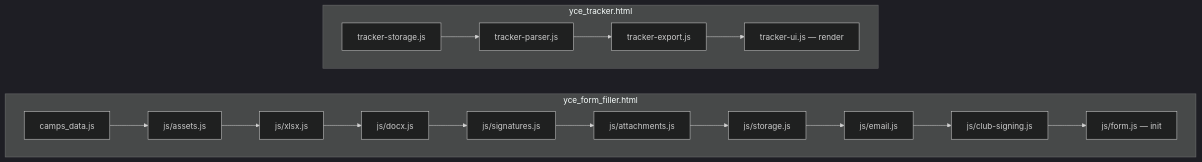
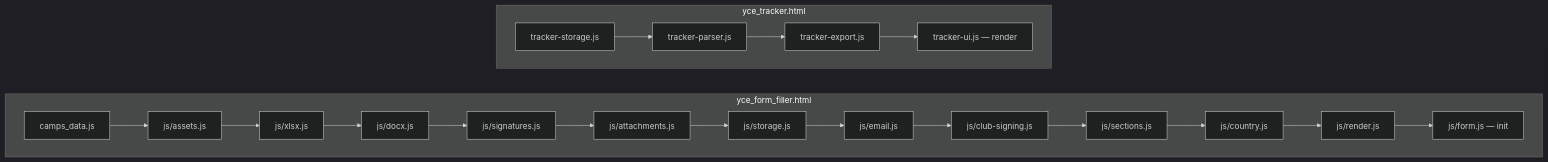
The first of 2 diagrams in docs/CODE_MAP.md (pmeyssonnier/YouthCampExchange), drawn with Mermaid (dark theme) before and after one commit. The commit also changed other lines of this file and 6 other files, not shown here.

First line of the commit message:
Split form.js into sections.js, country.js, render.js and a slim orchestrator

````diff
--- a/docs/CODE_MAP.md
+++ b/docs/CODE_MAP.md
@@ -19,11 +19,11 @@
 ```mermaid
 flowchart LR
   subgraph filler [yce_form_filler.html]
     direction LR
-    CD[camps_data.js] --> AS[js/assets.js] --> X[js/xlsx.js] --> D[js/docx.js] --> S[js/signatures.js] --> A[js/attachments.js] --> ST[js/storage.js] --> E[js/email.js] --> CS[js/club-signing.js] --> F[js/form.js — init]
+    CD[camps_data.js] --> AS[js/assets.js] --> X[js/xlsx.js] --> D[js/docx.js] --> S[js/signatures.js] --> A[js/attachments.js] --> ST[js/storage.js] --> E[js/email.js] --> CS[js/club-signing.js] --> SE[js/sections.js] --> CO[js/country.js] --> R[js/render.js] --> F[js/form.js — init]
   end
   subgraph tracker [yce_tracker.html]
     direction LR
     TS[tracker-storage.js] --> TP[tracker-parser.js] --> TE[tracker-export.js] --> TU[tracker-ui.js — render]
   end
 ```
````
